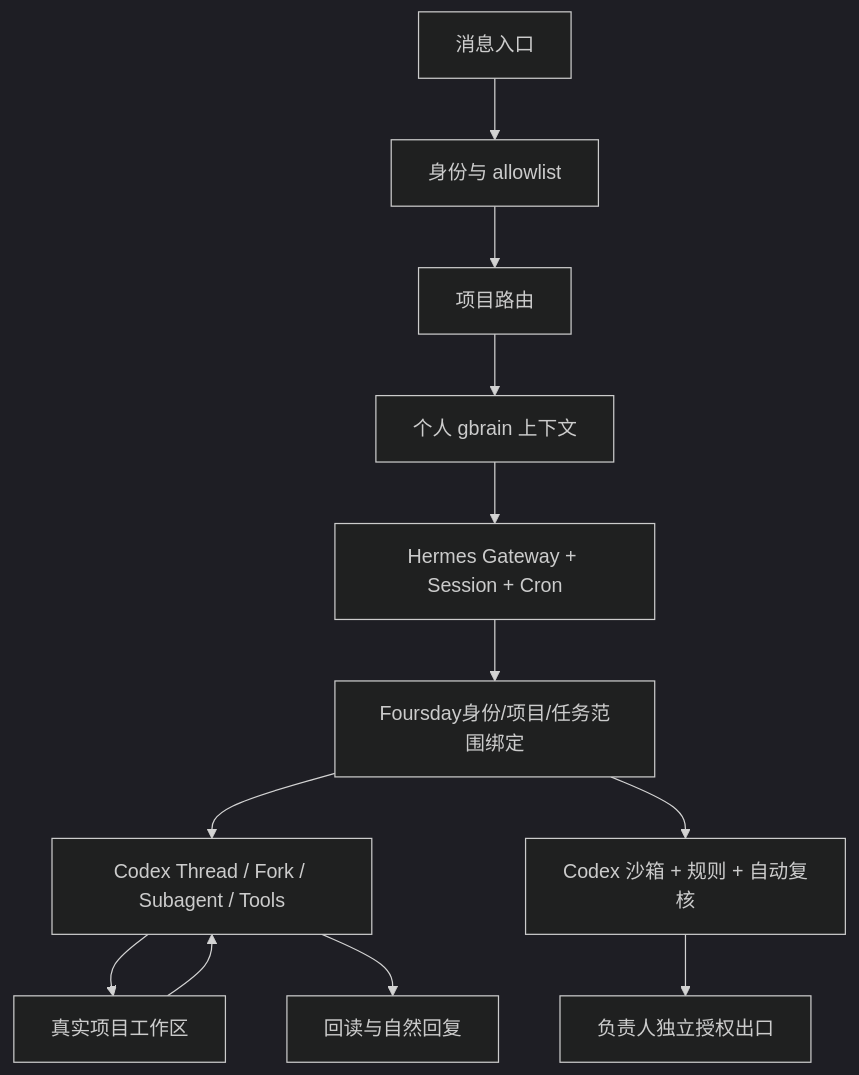
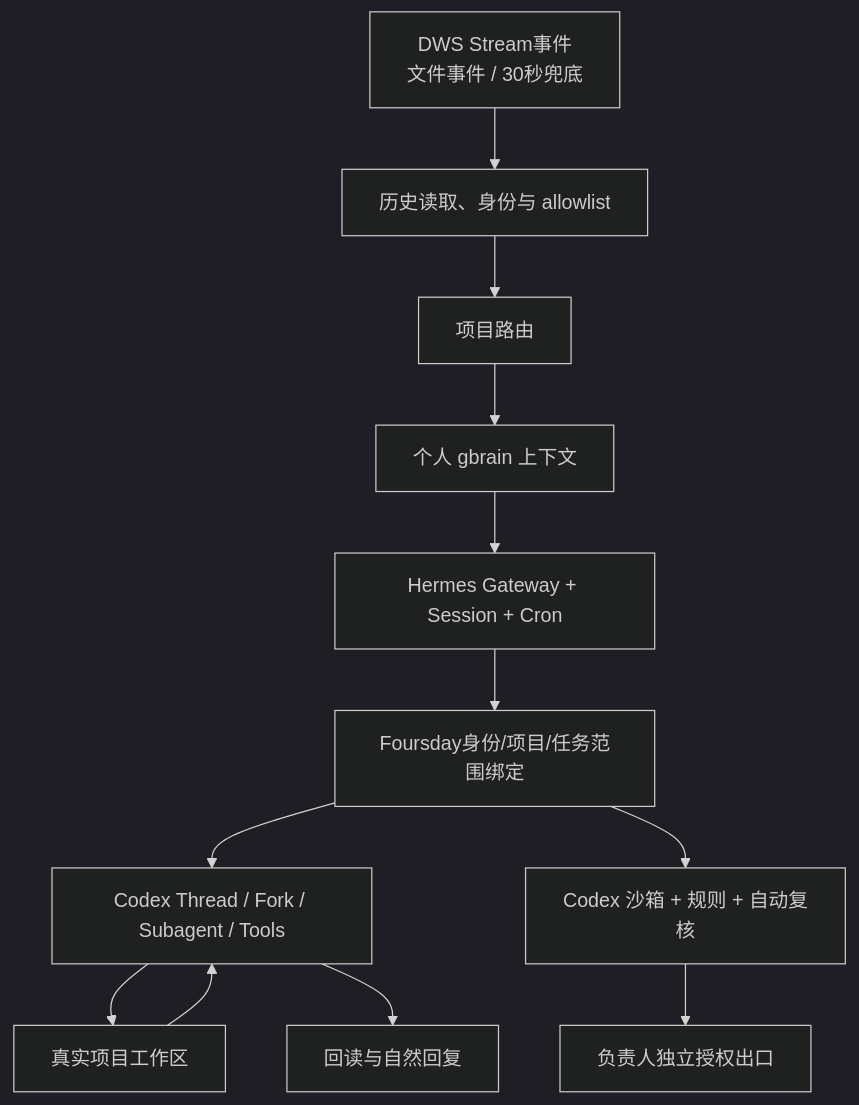
One commit to ruiwang20010702/foursday changed the diagram in docs/设计总览.md. Above: the diagram before and after it, drawn with Mermaid (dark theme). The commit also changed other lines of this file and 10 other files, not shown here.

````diff
--- a/docs/设计总览.md
+++ b/docs/设计总览.md
@@ -15,14 +15,14 @@
 ```mermaid
 flowchart TD
-    A["消息入口"] --> B["身份与 allowlist"]
+    A["DWS Stream事件<br/>文件事件 / 30秒兜底"] --> B["历史读取、身份与 allowlist"]
     B --> C["项目路由"]
     C --> D["个人 gbrain 上下文"]
     D --> E["Hermes Gateway + Session + Cron"]
     E --> F["Foursday身份/项目/任务范围绑定"]
     F --> K["Codex Thread / Fork / Subagent / Tools"]
     K --> G["真实项目工作区"]
     G --> K
     K --> H["回读与自然回复"]
     F --> I["Codex 沙箱 + 规则 + 自动复核"]
     I --> J["负责人独立授权出口"]
 ```
````
